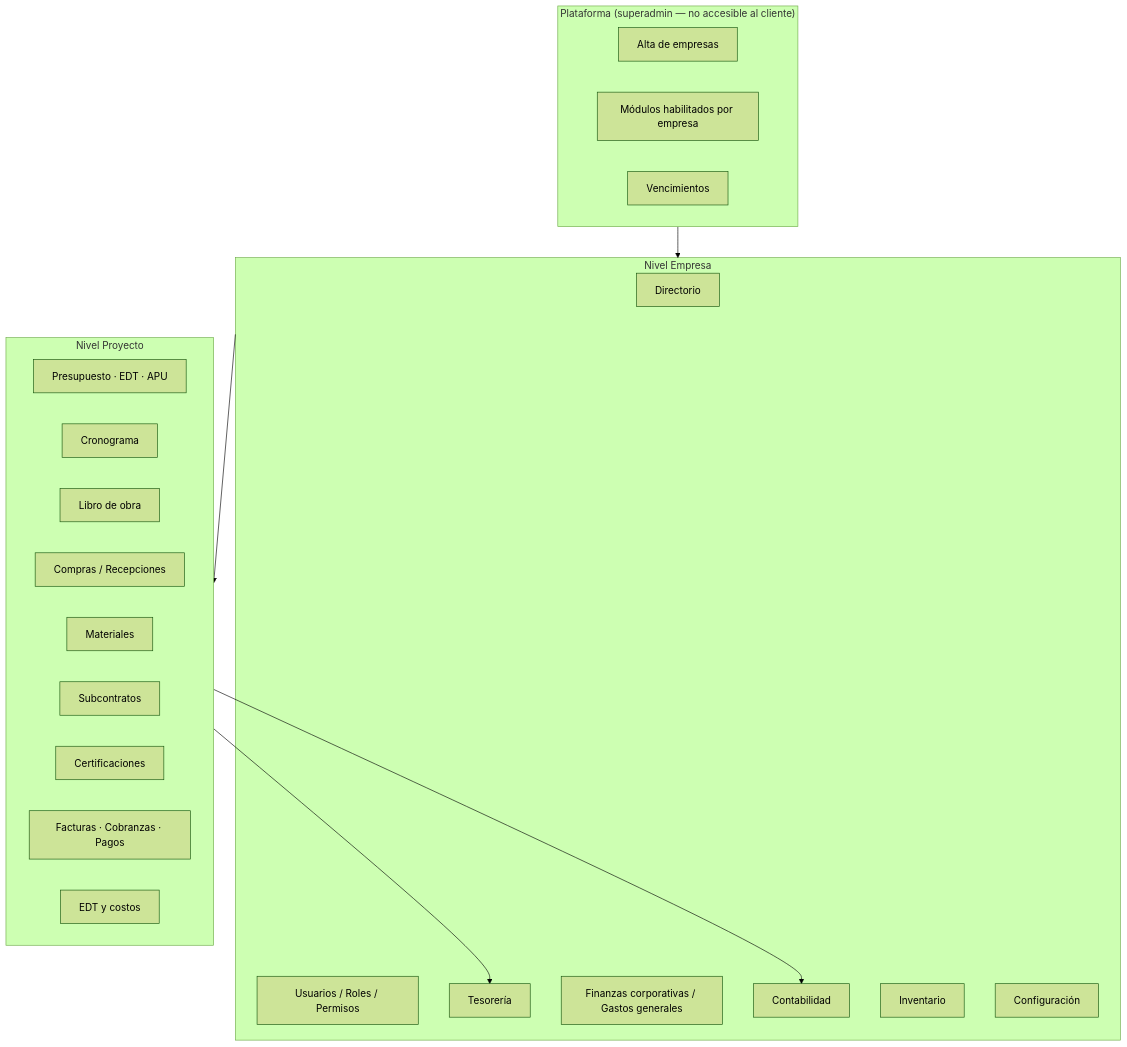
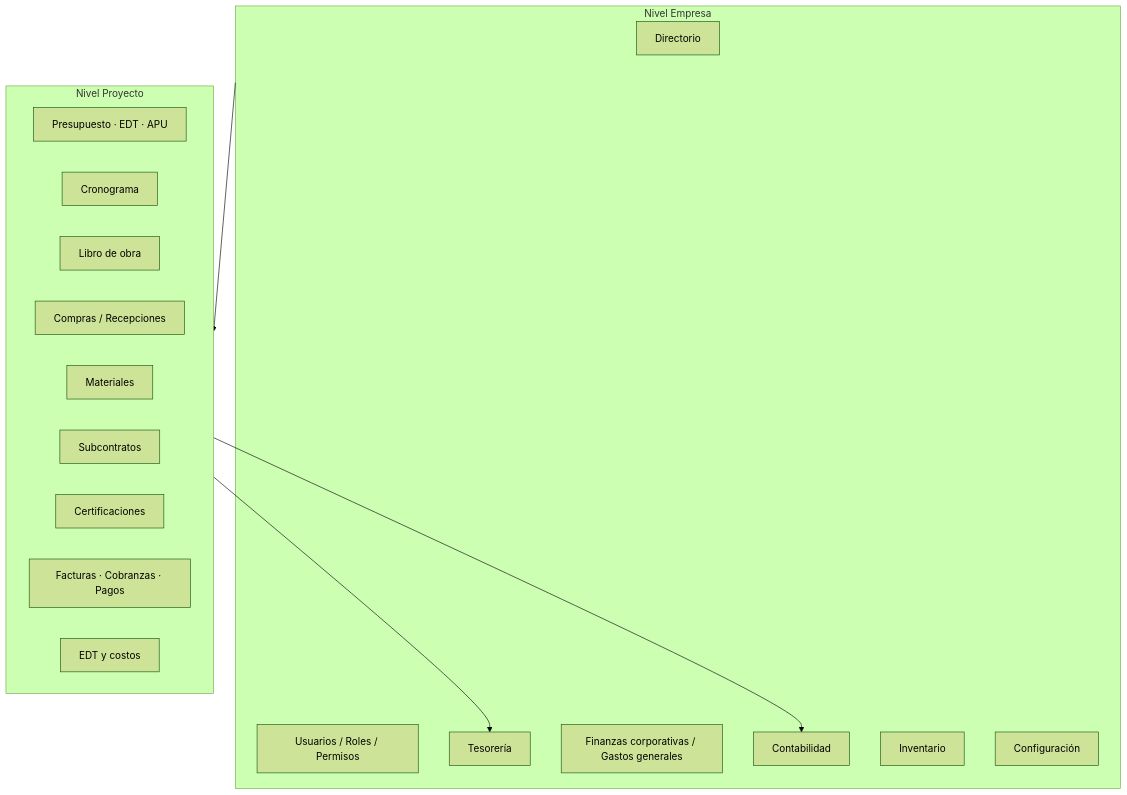
One commit to simonbravin/bloqer-v2 changed the first of 9 diagrams in docs/bloqer2.0/GUIA_OPERATIVA_BLOQER_V2.md. Above: the diagram before and after it, drawn with Mermaid (forest theme). The commit also changed other lines of this file and 153 other files, not shown here.

````diff
--- a/docs/bloqer2.0/GUIA_OPERATIVA_BLOQER_V2.md
+++ b/docs/bloqer2.0/GUIA_OPERATIVA_BLOQER_V2.md
@@ -24,31 +23,26 @@
 ```mermaid
 flowchart TB
-  subgraph PLAT["Plataforma (superadmin — no accesible al cliente)"]
-    P1["Alta de empresas"]
-    P2["Módulos habilitados por empresa"]
-    P3["Vencimientos"]
-  end
   subgraph EMP["Nivel Empresa"]
     E1["Directorio"]
     E2["Usuarios / Roles / Permisos"]
     E3["Tesorería"]
     E4["Finanzas corporativas / Gastos generales"]
     E5["Contabilidad"]
     E6["Inventario"]
     E7["Configuración"]
   end
   subgraph PROJ["Nivel Proyecto"]
     R1["Presupuesto · EDT · APU"]
     R2["Cronograma"]
     R3["Libro de obra"]
     R4["Compras / Recepciones"]
     R5["Materiales"]
     R6["Subcontratos"]
     R7["Certificaciones"]
     R8["Facturas · Cobranzas · Pagos"]
     R9["EDT y costos"]
   end
-  PLAT --> EMP --> PROJ
+  EMP --> PROJ
   PROJ --> E3
   PROJ --> E5
 ```
````
